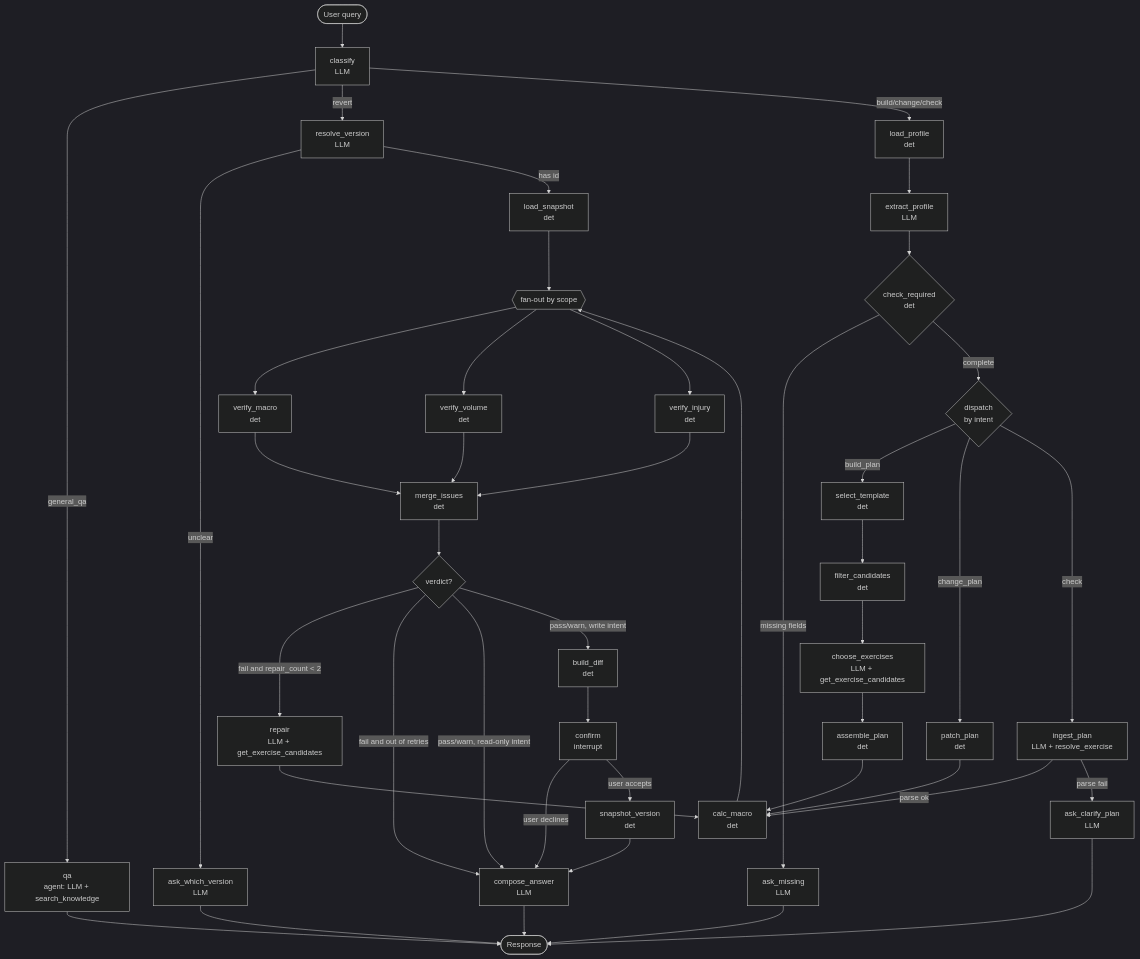
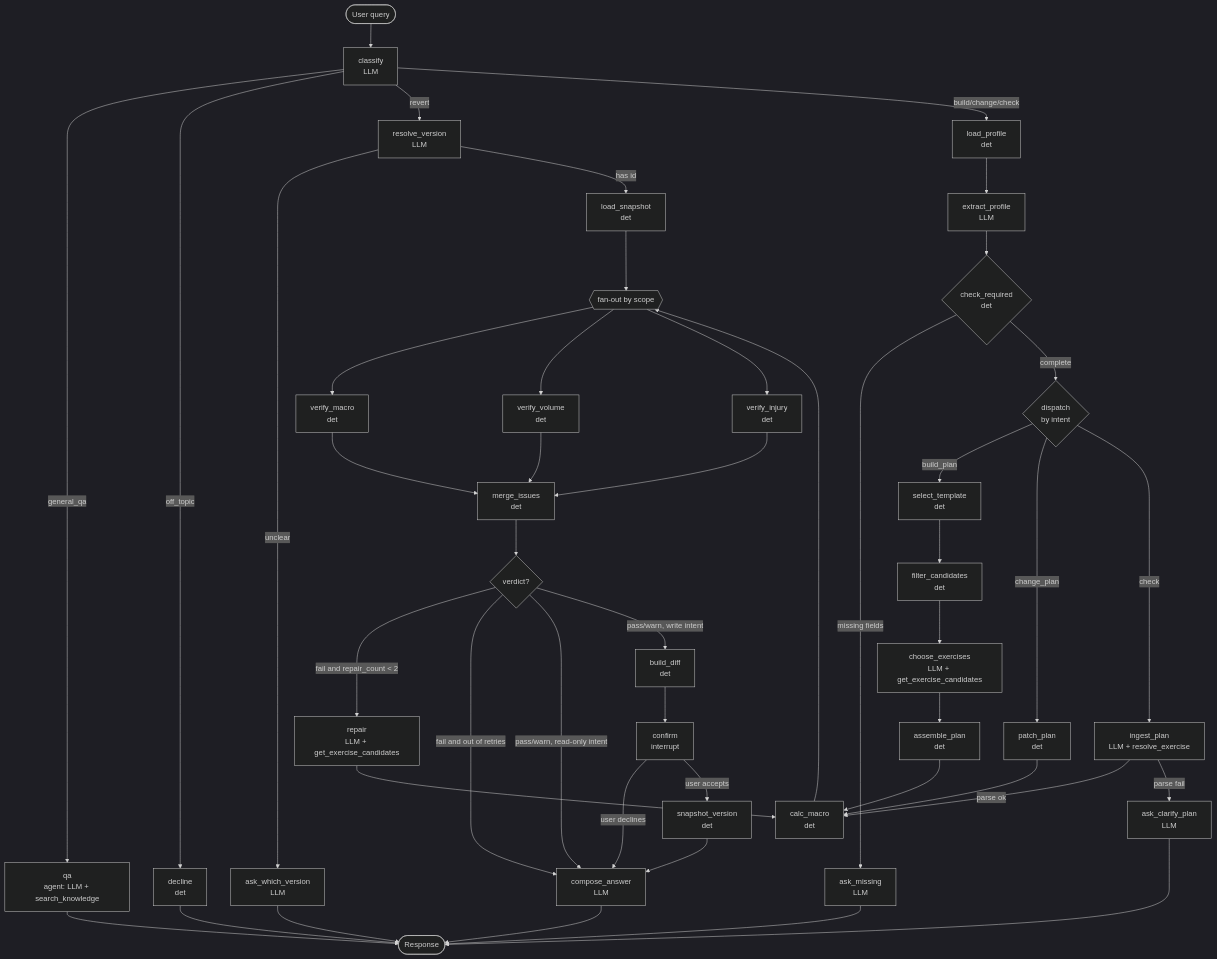
The first of 7 diagrams in docs/workflow.md (hoanhoang-agilityio/Assistant-Learning), drawn with Mermaid (dark theme) before and after one commit. The commit also changed other lines of this file and 1 other file, not shown here.

Commit message:
docs: document the off-topic topic gate on the root graph

````diff
--- a/docs/workflow.md
+++ b/docs/workflow.md
@@ -212,57 +213,59 @@
 ```mermaid
 flowchart TD
     START([User query]) --> CLS["classify<br/>LLM"]
 
     CLS -->|general_qa| QA["qa<br/>agent: LLM + search_knowledge"]
+    CLS -->|off_topic| DECL["decline<br/>det"]
     CLS -->|revert| RESV["resolve_version<br/>LLM"]
     CLS -->|build/change/check| LOADP["load_profile<br/>det"]
 
     QA --> OUT
+    DECL --> OUT
 
     RESV -->|unclear| ASKV["ask_which_version<br/>LLM"]
     RESV -->|has id| LOADS["load_snapshot<br/>det"]
     ASKV --> OUT
     LOADS --> GATE
 
     LOADP --> EXTP["extract_profile<br/>LLM"]
     EXTP --> CHKR{"check_required<br/>det"}
     CHKR -->|missing fields| ASKM["ask_missing<br/>LLM"]
     ASKM --> OUT
     CHKR -->|complete| DISPATCH{"dispatch<br/>by intent"}
 
     DISPATCH -->|build_plan| SELT["select_template<br/>det"]
     DISPATCH -->|change_plan| PATCH["patch_plan<br/>det"]
     DISPATCH -->|check| ING["ingest_plan<br/>LLM + resolve_exercise"]
 
     SELT --> FILT["filter_candidates<br/>det"]
     FILT --> CHOOSE["choose_exercises<br/>LLM + get_exercise_candidates"]
     CHOOSE --> ASM["assemble_plan<br/>det"]
 
     ASM --> CALC
     PATCH --> CALC
     ING -->|parse ok| CALC["calc_macro<br/>det"]
     ING -->|parse fail| ASKP["ask_clarify_plan<br/>LLM"]
     ASKP --> OUT
 
     CALC --> GATE{{"fan-out by scope"}}
     GATE --> VM["verify_macro<br/>det"]
     GATE --> VV["verify_volume<br/>det"]
     GATE --> VI["verify_injury<br/>det"]
 
     VM --> MRG["merge_issues<br/>det"]
     VV --> MRG
     VI --> MRG
 
     MRG --> VERD{"verdict?"}
     VERD -->|fail and repair_count < 2| REP["repair<br/>LLM + get_exercise_candidates"]
     REP --> CALC
     VERD -->|fail and out of retries| CMP
     VERD -->|pass/warn, read-only intent| CMP
     VERD -->|pass/warn, write intent| DIFF["build_diff<br/>det"]
 
     DIFF --> CONF["confirm<br/>interrupt"]
     CONF -->|user declines| CMP
     CONF -->|user accepts| SNAP["snapshot_version<br/>det"]
     SNAP --> CMP["compose_answer<br/>LLM"]
     CMP --> OUT([Response])
 ```
````
